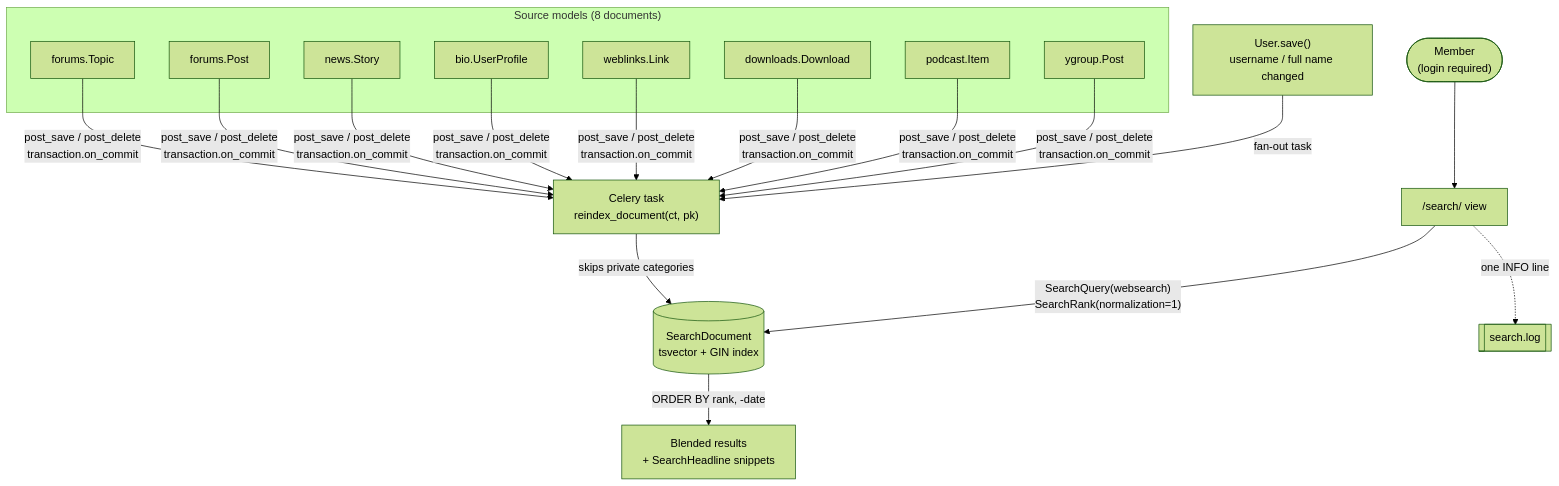
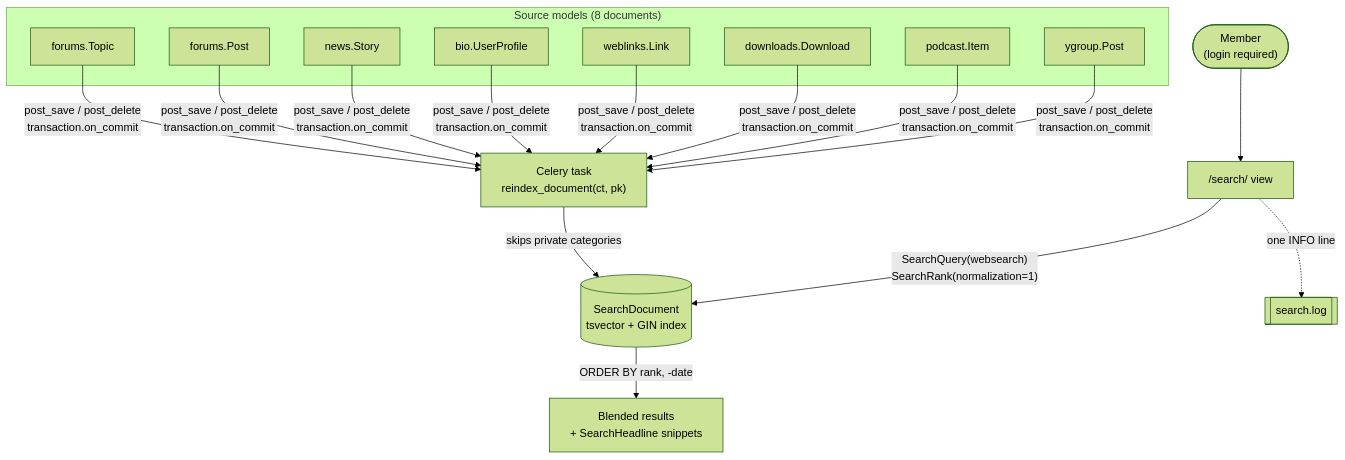
Before and after one commit to gremmie/sg101: the diagram in .agents/planning/2026-07-04-modernizing-sg101/research/search-design.md, drawn with Mermaid (forest theme). The commit also changed other lines of this file and 11 other files, not shown here.

````diff
--- a/.agents/planning/2026-07-04-modernizing-sg101/research/search-design.md
+++ b/.agents/planning/2026-07-04-modernizing-sg101/research/search-design.md
@@ -68,23 +72,21 @@
 ```mermaid
 flowchart TD
     subgraph sources["Source models (8 documents)"]
         A["forums.Topic"]
         B["forums.Post"]
         C["news.Story"]
         D["bio.UserProfile"]
         E["weblinks.Link"]
         F["downloads.Download"]
         G["podcast.Item"]
         H["ygroup.Post"]
     end
 
     A & B & C & D & E & F & G & H -->|"post_save / post_delete<br/>transaction.on_commit"| Q["Celery task<br/>reindex_document(ct, pk)"]
     Q -->|"skips private categories"| T[("SearchDocument<br/>tsvector + GIN index")]
 
-    R["User.save()<br/>username / full name changed"] -->|"fan-out task"| Q
-
     U(["Member<br/>(login required)"]) --> V["/search/ view"]
     V -->|"SearchQuery(websearch)<br/>SearchRank(normalization=1)"| T
     T -->|"ORDER BY rank, -date"| W["Blended results<br/>+ SearchHeadline snippets"]
     V -.->|"one INFO line"| L[["search.log"]]
 ```
````
